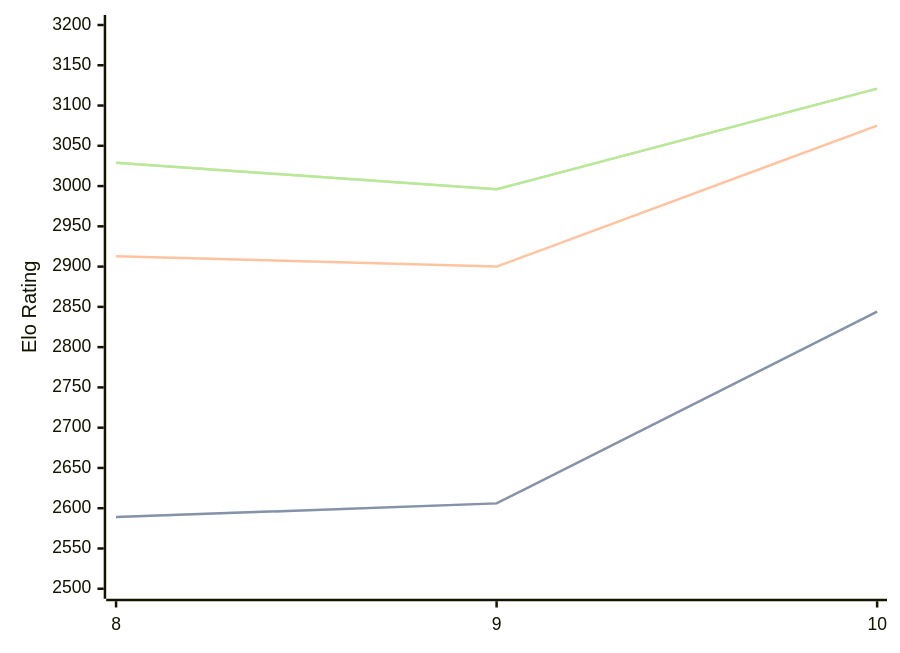
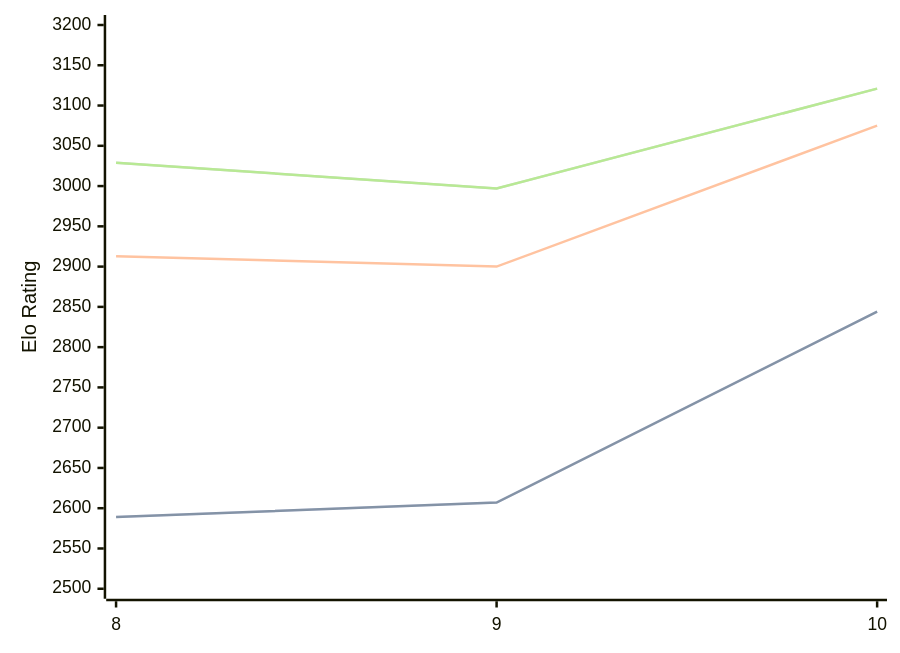
One commit to computer-chess-index/cci changed the diagram in engines/Lozza.md. Above: the diagram before and after it, drawn with Mermaid. The commit also changed other lines of this file, not shown here.

Commit message:
Update CCI Ratings (ELO VLTC) - 2026-08-25

````diff
--- a/engines/Lozza.md
+++ b/engines/Lozza.md
@@ -33,11 +33,11 @@
 ```mermaid
 %%{init: {"theme":"base","themeVariables":{"seriesColors:['#a3a3a3','#222221','#faa371']}}}%%
 xychart-beta
   x-axis ["8", "9", "10"]
   y-axis "Elo Rating" 2500 --> 3200
-  line "STC (8.0+0.08s)" [2589, 2606, 2844]
-  line "STC (8.0+0.08s)" [2589, 2606, 2844]
+  line "STC (8.0+0.08s)" [2589, 2607, 2844]
+  line "STC (8.0+0.08s)" [2589, 2607, 2844]
   line "LTC (60.0+0.60s)" [2913, 2900, 3075]
-  line "VLTC (2m24s+1.12s)" [3029, 2996, 3121]
-  line "VLTC (2m24s+1.12s)" [3029, 2996, 3121]
+  line "VLTC (2m24s+1.12s)" [3029, 2997, 3121]
+  line "VLTC (2m24s+1.12s)" [3029, 2997, 3121]
 ```
````
